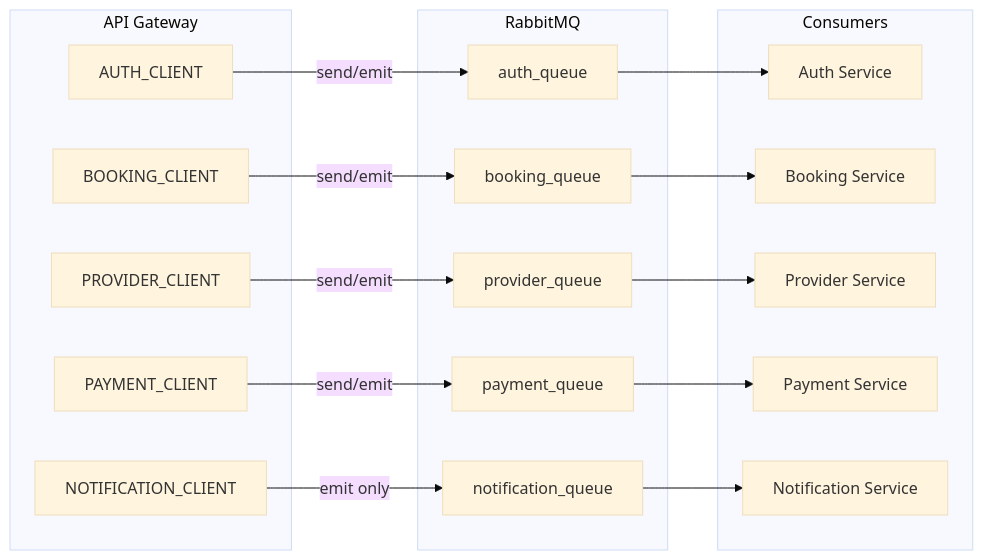
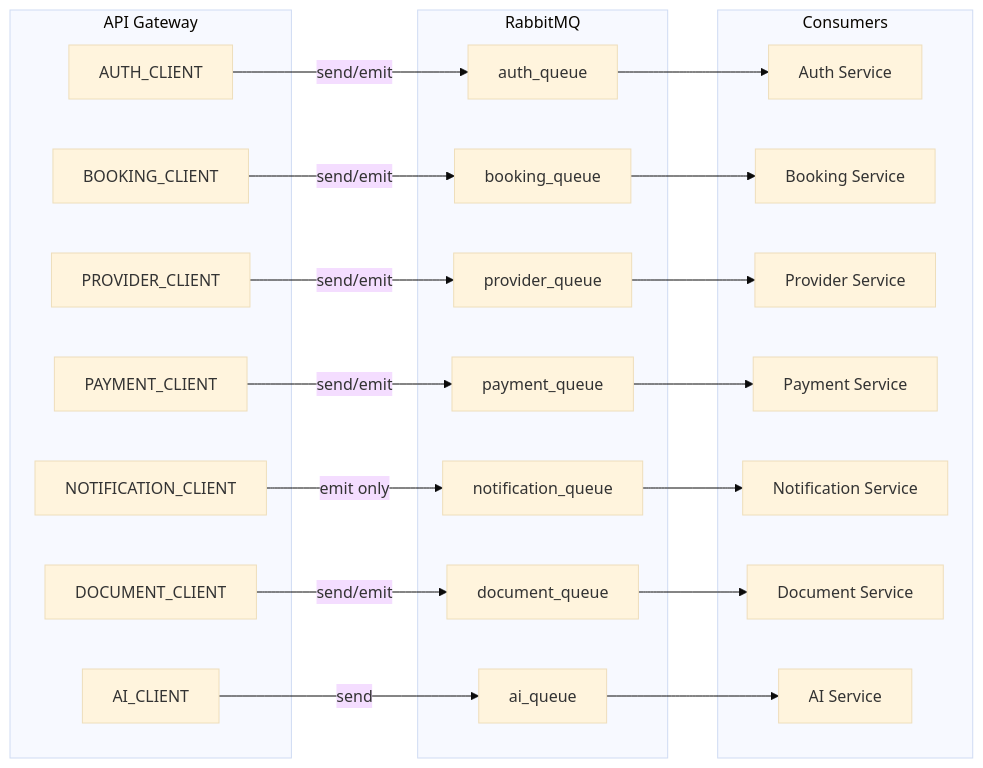
The ninth of 11 diagrams in README.md (mahmoudnabil133/lowyer_managment_sys), drawn with Mermaid (base theme) before and after one commit. The commit also changed other lines of this file, not shown here.

First line of the commit message:
docs: update README with AI and Document services

````diff
--- a/README.md
+++ b/README.md
@@ -674,38 +749,48 @@
 ```mermaid
 graph LR
     subgraph "API Gateway"
         AUX["AUTH_CLIENT"]
         BKX["BOOKING_CLIENT"]
         PRX["PROVIDER_CLIENT"]
         PYX["PAYMENT_CLIENT"]
         NX["NOTIFICATION_CLIENT"]
+        DX["DOCUMENT_CLIENT"]
+        AIX["AI_CLIENT"]
     end
 
     subgraph "RabbitMQ"
         AQ["auth_queue"]
         BQ["booking_queue"]
         PQ["provider_queue"]
         PYQ["payment_queue"]
         NQ["notification_queue"]
+        DQ["document_queue"]
+        AIQ["ai_queue"]
     end
 
     subgraph "Consumers"
         AS["Auth Service"]
         BS["Booking Service"]
         PS["Provider Service"]
         PYS["Payment Service"]
         NS["Notification Service"]
+        DS["Document Service"]
+        AIS["AI Service"]
     end
 
     AUX -->|"send/emit"| AQ
     BKX -->|"send/emit"| BQ
     PRX -->|"send/emit"| PQ
     PYX -->|"send/emit"| PYQ
     NX -->|"emit only"| NQ
+    DX -->|"send/emit"| DQ
+    AIX -->|"send"| AIQ
 
     AQ --> AS
     BQ --> BS
     PQ --> PS
     PYQ --> PYS
     NQ --> NS
+    DQ --> DS
+    AIQ --> AIS
 ```
````
